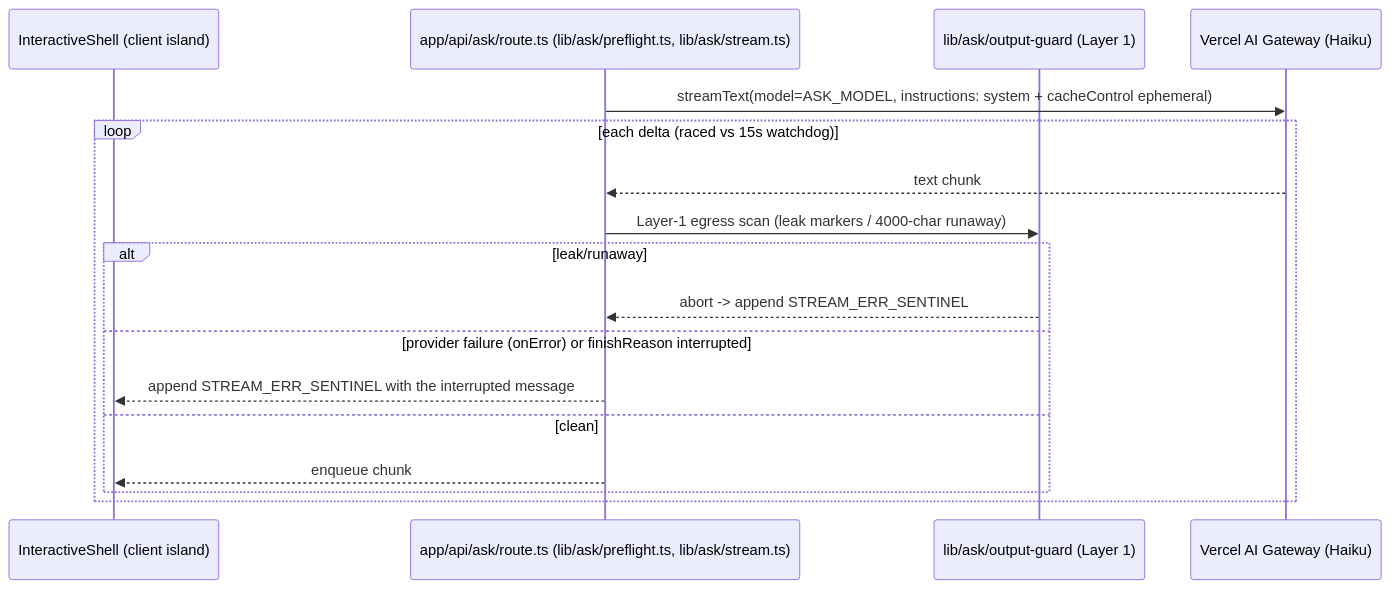
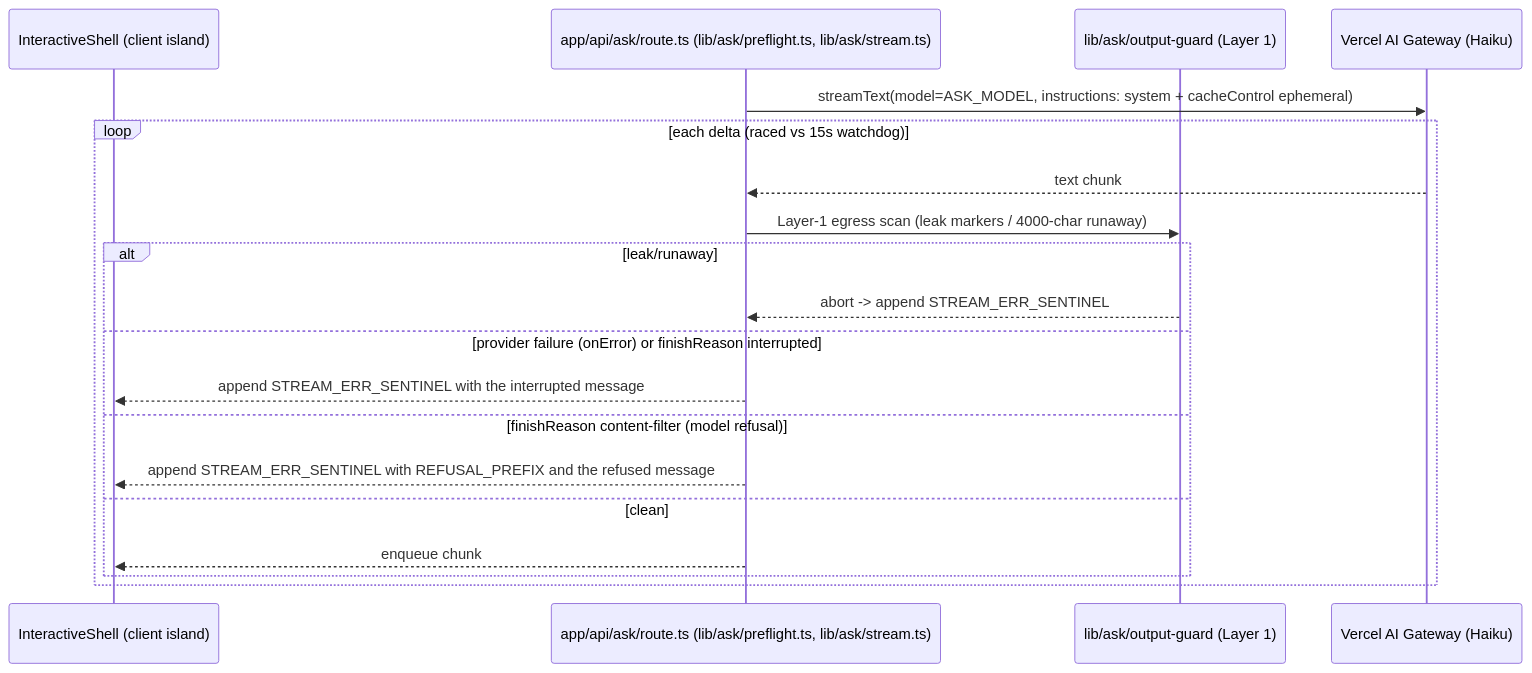
Before and after one commit to erikunha/portfolio: the ninth of 14 diagrams in docs/03-rendering-and-data-flow.md, drawn with Mermaid. The commit also changed 36 other files, not shown here.

````diff
--- a/docs/03-rendering-and-data-flow.md
+++ b/docs/03-rendering-and-data-flow.md
@@ -195,20 +195,22 @@
 ```mermaid
 sequenceDiagram
     participant U as InteractiveShell (client island)
     participant R as app/api/ask/route.ts (lib/ask/preflight.ts, lib/ask/stream.ts)
     participant G as lib/ask/output-guard (Layer 1)
     participant AI as Vercel AI Gateway (Haiku)
 
     R->>AI: streamText(model=ASK_MODEL, instructions: system + cacheControl ephemeral)
     loop each delta (raced vs 15s watchdog)
         AI-->>R: text chunk
         R->>G: Layer-1 egress scan (leak markers / 4000-char runaway)
         alt leak/runaway
             G-->>R: abort -> append STREAM_ERR_SENTINEL
         else provider failure (onError) or finishReason interrupted
             R-->>U: append STREAM_ERR_SENTINEL with the interrupted message
+        else finishReason content-filter (model refusal)
+            R-->>U: append STREAM_ERR_SENTINEL with REFUSAL_PREFIX and the refused message
         else clean
             R-->>U: enqueue chunk
         end
     end
 ```
````
